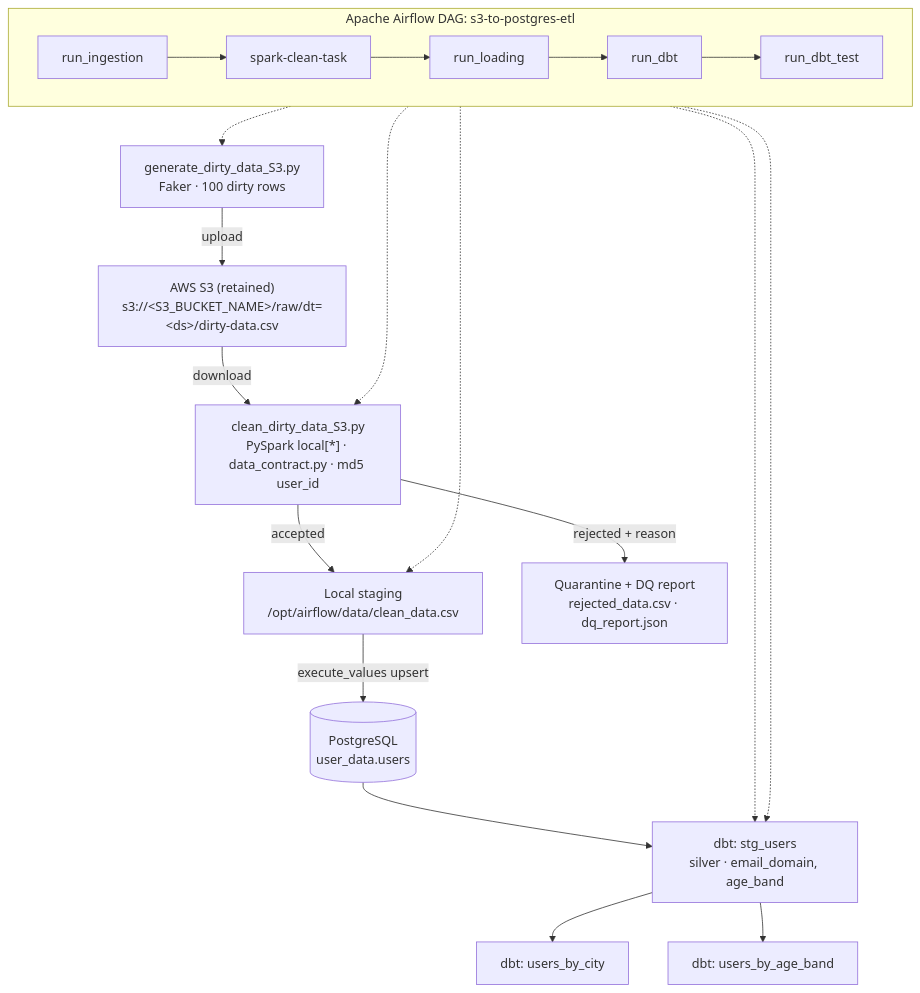
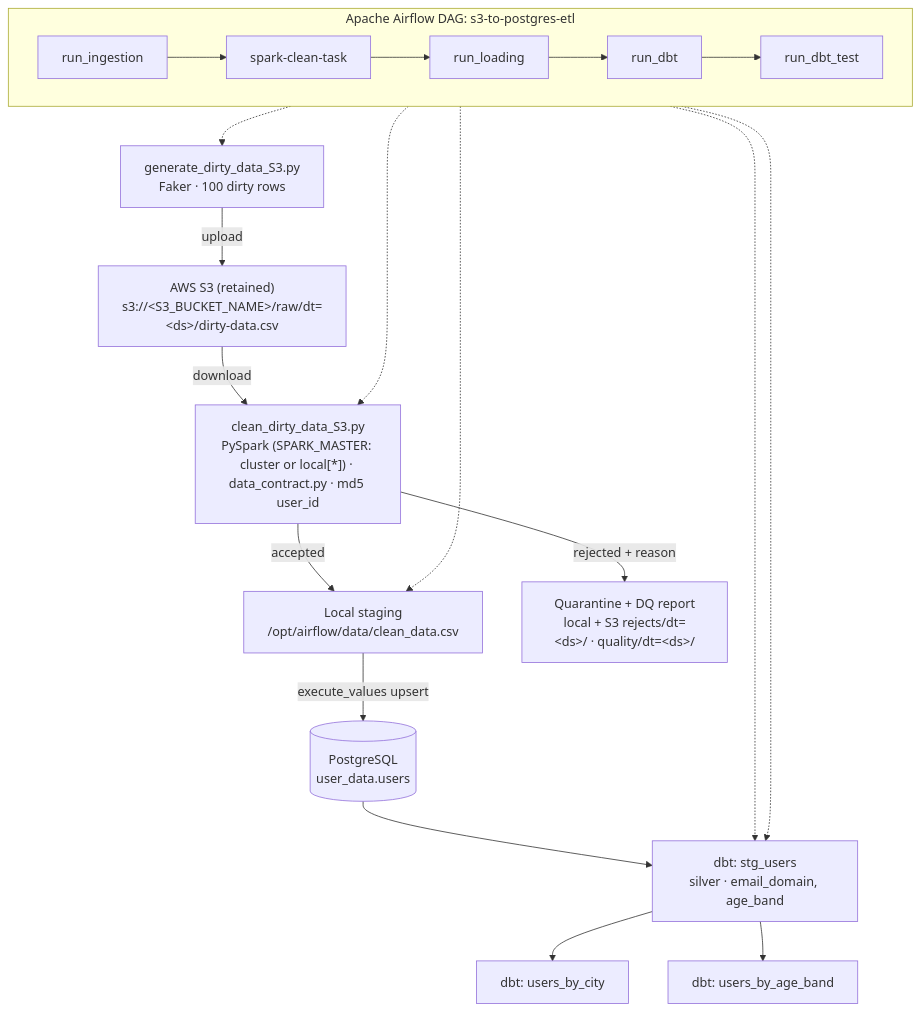
Before and after one commit to theofanis-tsakanikas/contract-driven-data-pipeline: the diagram in README.md, drawn with Mermaid. The commit also changed 30 other files, not shown here.

````diff
--- a/README.md
+++ b/README.md
@@ -72,32 +72,32 @@
 ```mermaid
 flowchart TD
     subgraph AF["Apache Airflow DAG: s3-to-postgres-etl"]
         direction LR
         T1["run_ingestion"] --> T2["spark-clean-task"] --> T3["run_loading"] --> T4["run_dbt"] --> T5["run_dbt_test"]
     end
 
     GEN["generate_dirty_data_S3.py<br/>Faker · 100 dirty rows"]
     S3["AWS S3 (retained)<br/>s3://&lt;S3_BUCKET_NAME&gt;/raw/dt=&lt;ds&gt;/dirty-data.csv"]
-    SPARK["clean_dirty_data_S3.py<br/>PySpark local[*] · data_contract.py · md5 user_id"]
+    SPARK["clean_dirty_data_S3.py<br/>PySpark (SPARK_MASTER: cluster or local[*]) · data_contract.py · md5 user_id"]
     CSV["Local staging<br/>/opt/airflow/data/clean_data.csv"]
-    REJ["Quarantine + DQ report<br/>rejected_data.csv · dq_report.json"]
+    REJ["Quarantine + DQ report<br/>local + S3 rejects/dt=&lt;ds&gt;/ · quality/dt=&lt;ds&gt;/"]
     PG[("PostgreSQL<br/>user_data.users")]
     STG["dbt: stg_users<br/>silver · email_domain, age_band"]
     M1["dbt: users_by_city"]
     M2["dbt: users_by_age_band"]
 
     GEN -->|upload| S3
     S3 -->|download| SPARK
     SPARK -->|accepted| CSV
     SPARK -->|rejected + reason| REJ
     CSV -->|execute_values upsert| PG
     PG --> STG
     STG --> M1
     STG --> M2
 
     T1 -.-> GEN
     T2 -.-> SPARK
     T3 -.-> CSV
     T4 -.-> STG
     T5 -.-> STG
 ```
````
